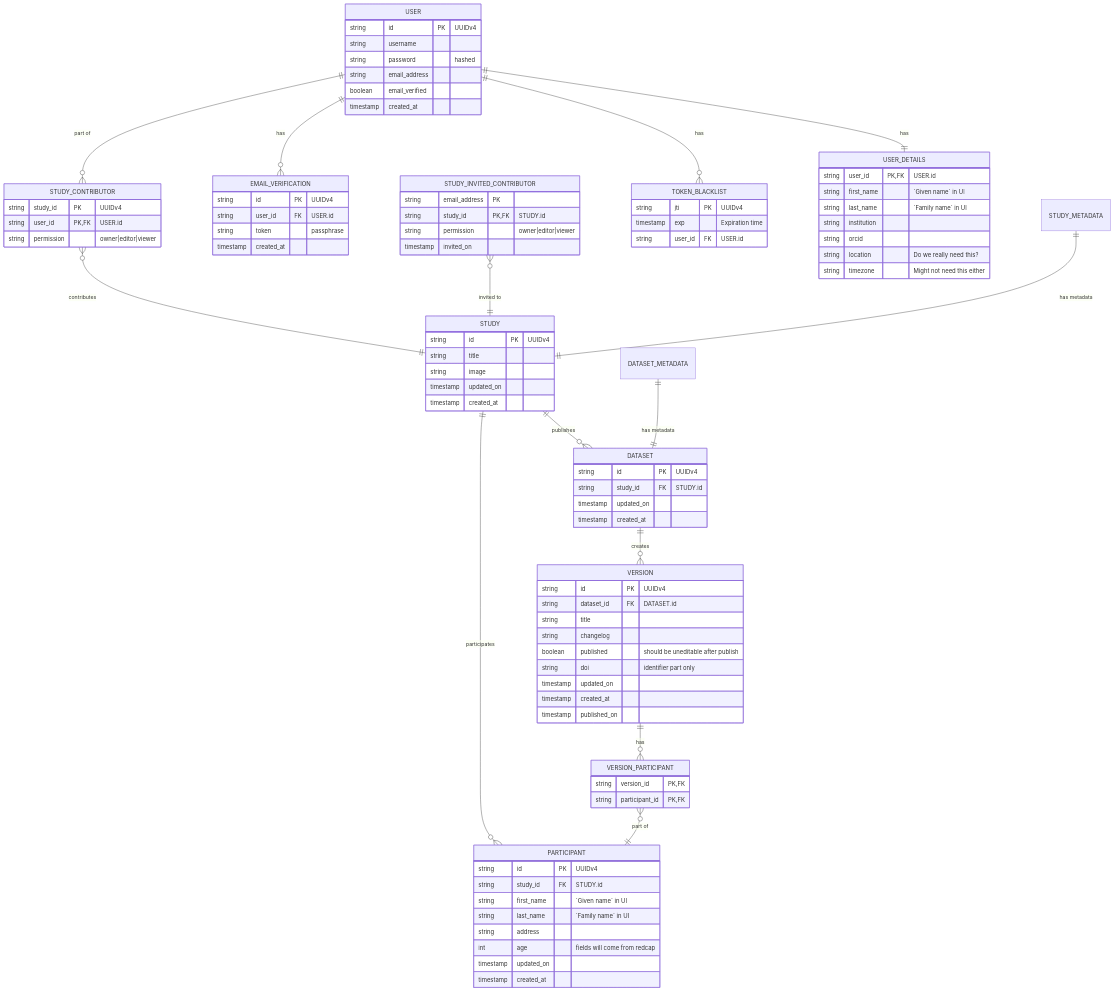
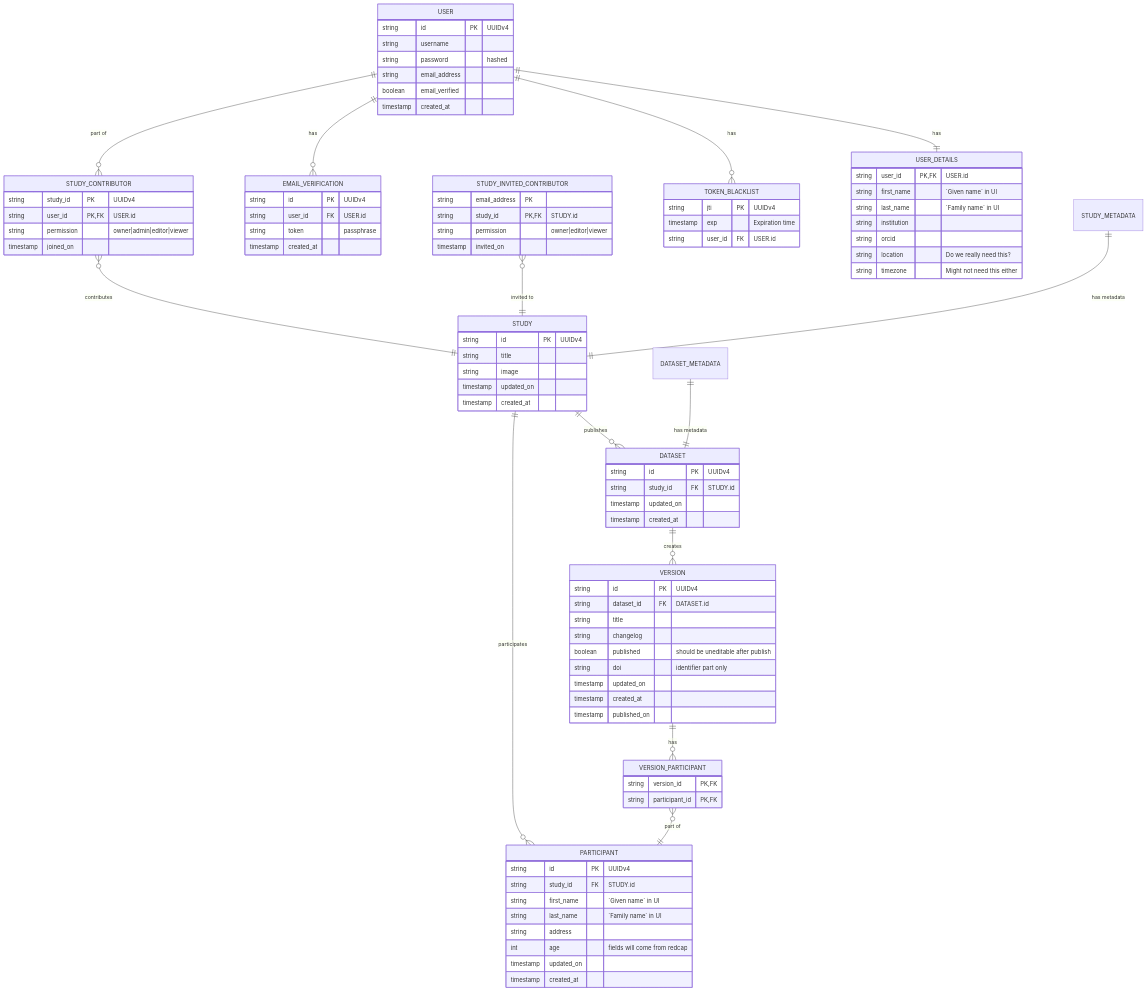
One commit to AI-READI/fairhub-app changed the diagram in mermaid/mmd/er.mmd. Above: the diagram before and after it, drawn with Mermaid. The commit also changed 3 other files, not shown here.

```diff
--- a/mermaid/mmd/er.mmd
+++ b/mermaid/mmd/er.mmd
@@ -1,109 +1,110 @@
 erDiagram
     STUDY {
         string id PK "UUIDv4"
         string title
         string image
         timestamp updated_on
         timestamp created_at
     }
 
     USER {
         string id PK "UUIDv4"
         string username
         string password "hashed"
         string email_address
         boolean email_verified 
         timestamp created_at
     }
 
     USER_DETAILS {
         string user_id PK,FK "USER.id"
         string first_name "`Given name` in UI"
         string last_name "`Family name` in UI"
         string institution
         string orcid
         string location "Do we really need this?"
         string timezone "Might not need this either"
     }
 
     STUDY_CONTRIBUTOR {
         string study_id PK "UUIDv4"
         string user_id PK,FK "USER.id"
-        string permission "owner|editor|viewer"
+        string permission "owner|admin|editor|viewer"
+        timestamp joined_on
     }
 
     STUDY_INVITED_CONTRIBUTOR {
         string email_address PK
         string study_id PK,FK "STUDY.id"
         string permission "owner|editor|viewer"
         timestamp invited_on
     }
 
     PARTICIPANT {
         string id PK "UUIDv4"
         string study_id FK "STUDY.id"
         string first_name "`Given name` in UI"
         string last_name "`Family name` in UI"
         string address
         int age "fields will come from redcap"
         timestamp updated_on
         timestamp created_at
     }
 
     DATASET {
         string id PK "UUIDv4"
         string study_id FK "STUDY.id"
         timestamp updated_on
         timestamp created_at
     }
 
     VERSION {
         string id PK "UUIDv4"
         string dataset_id FK "DATASET.id"
         string title
         string changelog
         boolean published "should be uneditable after publish"
         string doi "identifier part only"
         timestamp updated_on
         timestamp created_at
         timestamp published_on
     }
 
      VERSION_PARTICIPANT {
         string version_id PK,FK
         string participant_id PK,FK
     }
 
     TOKEN_BLACKLIST {
         string jti PK "UUIDv4"
         timestamp exp "Expiration time"
         string user_id FK "USER.id"
     }
 
     EMAIL_VERIFICATION {
         string id PK "UUIDv4"
         string user_id FK "USER.id"
         string token "passphrase"
         timestamp created_at
     }
 
 
     STUDY_CONTRIBUTOR }o--|| STUDY : contributes
     STUDY_INVITED_CONTRIBUTOR }o--|| STUDY : "invited to"
     STUDY_METADATA ||--|| STUDY : "has metadata"
 
     STUDY ||--o{ DATASET : publishes
 
     DATASET_METADATA ||--|| DATASET : "has metadata"
 
     DATASET ||--o{ VERSION : creates
 
     USER ||--|| USER_DETAILS : "has"
     USER ||--o{ TOKEN_BLACKLIST : "has"
 
     USER ||--o{ EMAIL_VERIFICATION : "has"
 
     USER ||--o{ STUDY_CONTRIBUTOR : "part of"
     PARTICIPANT }o--|| STUDY : participates
     VERSION ||--o{ VERSION_PARTICIPANT : has
     VERSION_PARTICIPANT }o--|| PARTICIPANT : "part of"
```
